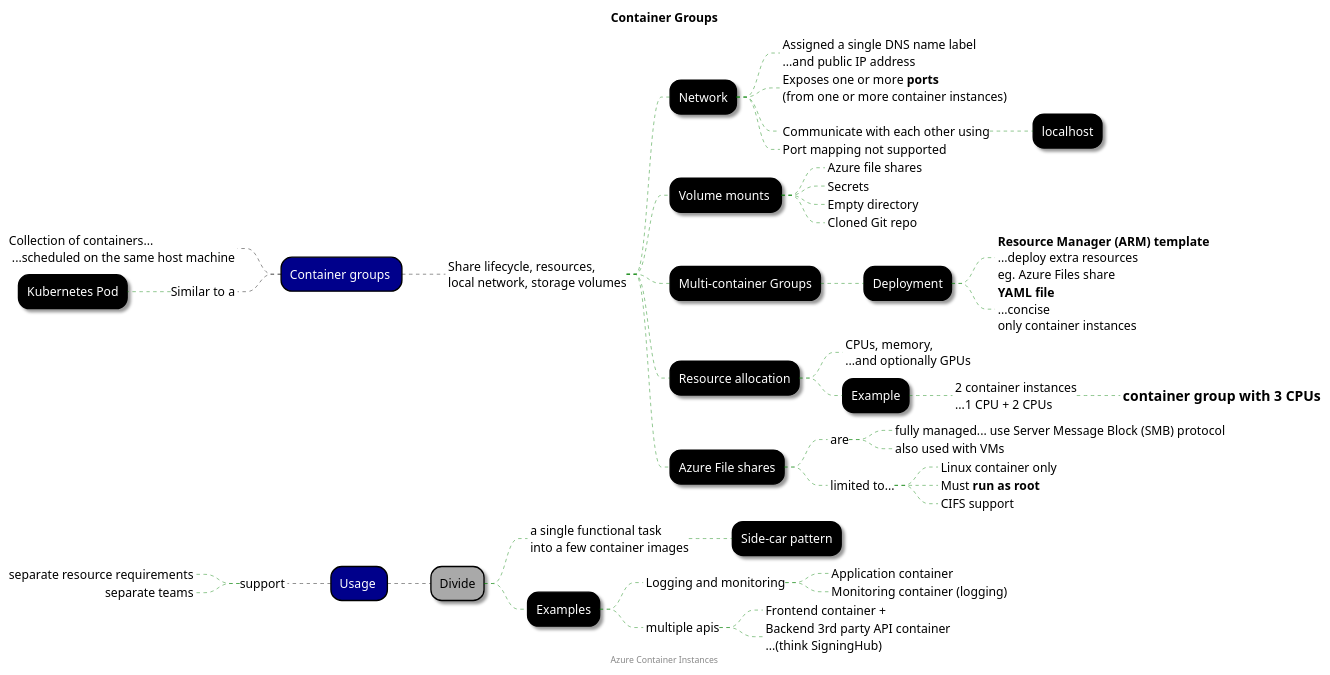
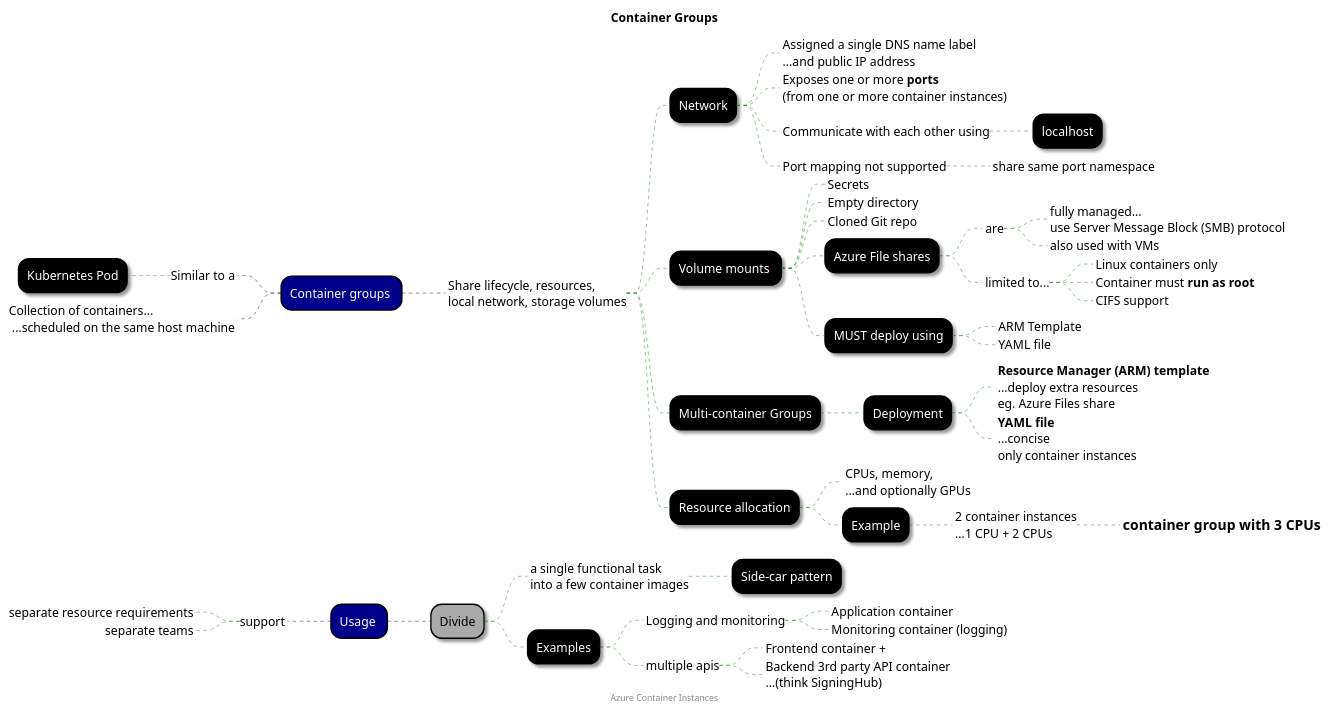
Before and after one commit to rob-bl8ke/Az204-Containerization: the diagram in Notes/Diagrams/ContainerInstances/azure-container-instance-groups.plantuml, drawn with PlantUML. The commit also changed 1 other file, not shown here.

Commit message:
Some diagram tweaks

```diff
--- a/Notes/Diagrams/ContainerInstances/azure-container-instance-groups.plantuml
+++ b/Notes/Diagrams/ContainerInstances/azure-container-instance-groups.plantuml
@@ -1,104 +1,109 @@
 @startmindmap "Container Groups"
 
 title Container Groups
 footer Azure Container Instances
 
 <style>
     mindMapDiagram {
         .root {
             BackgroundColor darkblue
             LineColor black
             FontColor white
         }
 
         node {
             FontColor white
             LineColor black
             BackgroundColor black
             Shadowing 2.0
             RoundCorner 25
         }
         :depth(0) {
             FontColor black
             LineColor white
             BackgroundColor white
             Shadowing 0.0
         }
         :depth(1) {
             FontColor black
             BackgroundColor darkgrey
             Shadowing 2.0
         }
 
         arrow {
             LineStyle 4
             LineThickness 0.5
             LineColor green
         }
 
         boxless {
             FontColor black
             Margin 10
             Padding 10
             MaximumWidth 400
         }
     }
 </style>
 
 + Container groups <<root>>
 
---_ Collection of containers...\n ...scheduled on the same host machine
 --_ Similar to a
 --- Kubernetes Pod
+--_ Collection of containers...\n ...scheduled on the same host machine
 
 ++_ Share lifecycle, resources,\nlocal network, storage volumes
 +++ Network
 ++++_ Assigned a single DNS name label\n...and public IP address
 ++++_ Exposes one or more **ports**\n(from one or more container instances)
 ++++_ Communicate with each other using
 +++++ localhost
 ++++_ Port mapping not supported
++++++_ share same port namespace
 
 
 +++ Volume mounts 
-++++_ Azure file shares
 ++++_ Secrets
 ++++_ Empty directory
 ++++_ Cloned Git repo
+++++ Azure File shares
++++++_ are
+++++++_  fully managed...\nuse Server Message Block (SMB) protocol
+++++++_ also used with VMs
++++++_ limited to...
+++++++_ Linux containers only
+++++++_ Container must **run as root**
+++++++_ CIFS support
+++++ MUST deploy using
++++++_ ARM Template
++++++_ YAML file
+
+
 
 +++ Multi-container Groups
 ++++ Deployment
 +++++_ **Resource Manager (ARM) template**\n...deploy extra resources\neg. Azure Files share
 +++++_ **YAML file**\n...concise\nonly container instances
 
 +++ Resource allocation
 ++++_ CPUs, memory,\n...and optionally GPUs
 ++++ Example
 +++++_ 2 container instances\n...1 CPU + 2 CPUs
 ++++++_ == container group with 3 CPUs
 
-+++ Azure File shares
-++++_ are
-+++++_  fully managed... use Server Message Block (SMB) protocol
-+++++_ also used with VMs
-++++_ limited to...
-+++++_ Linux container only
-+++++_ Must **run as root**
-+++++_ CIFS support
 
 + Usage <<root>>
 --_ support
 ---_ separate resource requirements
 ---_ separate teams
 ++ Divide
 +++_ a single functional task\ninto a few container images
 ++++ Side-car pattern
 +++ Examples
 ++++_ Logging and monitoring
 +++++_ Application container
 +++++_ Monitoring container (logging)
 ++++_ multiple apis
 +++++_ Frontend container +
 +++++_ Backend 3rd party API container\n...(think SigningHub) 
 
 @endmindmap
```
